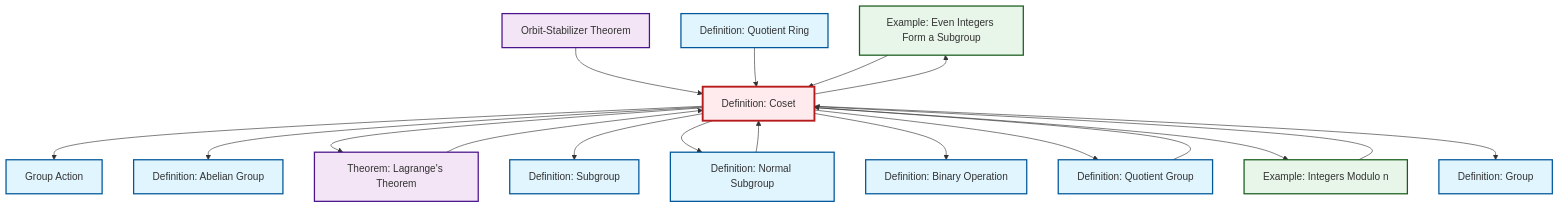
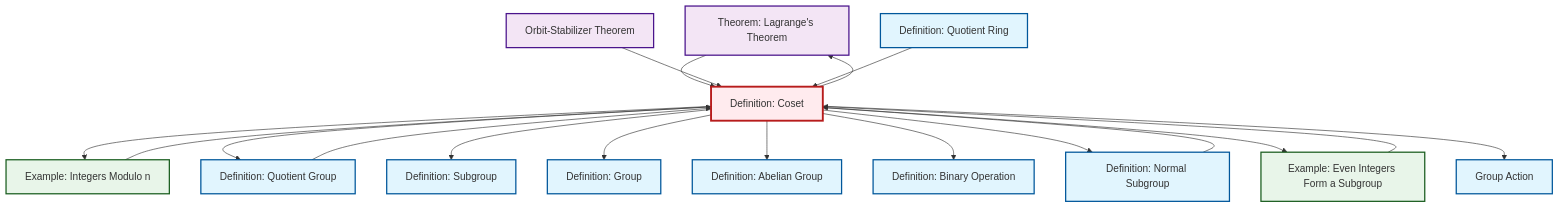
One commit to RK0429/ModernMath changed the diagram in content/en/algebra/def-coset.qmd. Above: the diagram before and after it, drawn with Mermaid. The commit also changed other lines of this file and 1069 other files, not shown here.

````diff
--- a/content/en/algebra/def-coset.qmd
+++ b/content/en/algebra/def-coset.qmd
@@ -162,52 +162,52 @@
 ```{mermaid}
 %%| fig-cap: "Local dependency graph"
 graph TD
     classDef definition fill:#e1f5fe,stroke:#01579b,stroke-width:2px
     classDef theorem fill:#f3e5f5,stroke:#4a148c,stroke-width:2px
     classDef axiom fill:#fff3e0,stroke:#e65100,stroke-width:2px
     classDef example fill:#e8f5e9,stroke:#1b5e20,stroke-width:2px
     classDef current fill:#ffebee,stroke:#b71c1c,stroke-width:3px
-    ex-even-integers-subgroup["Example: Even Integers Form a Subgroup"]:::example
-    def-coset["Definition: Coset"]:::definition
-    def-quotient-ring["Definition: Quotient Ring"]:::definition
-    def-group["Definition: Group"]:::definition
     thm-lagrange["Theorem: Lagrange's Theorem"]:::theorem
-    def-quotient-group["Definition: Quotient Group"]:::definition
-    def-subgroup["Definition: Subgroup"]:::definition
-    def-binary-operation["Definition: Binary Operation"]:::definition
     thm-orbit-stabilizer["Orbit-Stabilizer Theorem"]:::theorem
     def-normal-subgroup["Definition: Normal Subgroup"]:::definition
+    def-binary-operation["Definition: Binary Operation"]:::definition
+    ex-even-integers-subgroup["Example: Even Integers Form a Subgroup"]:::example
+    def-quotient-ring["Definition: Quotient Ring"]:::definition
+    def-subgroup["Definition: Subgroup"]:::definition
+    def-quotient-group["Definition: Quotient Group"]:::definition
     def-abelian-group["Definition: Abelian Group"]:::definition
+    ex-quotient-integers-mod-n["Example: Integers Modulo n"]:::example
+    def-coset["Definition: Coset"]:::definition
     def-group-action["Group Action"]:::definition
-    ex-quotient-integers-mod-n["Example: Integers Modulo n"]:::example
-    def-coset --> def-group-action
-    def-coset --> def-abelian-group
-    def-coset --> ex-even-integers-subgroup
-    def-coset --> thm-lagrange
-    def-coset --> def-subgroup
+    def-group["Definition: Group"]:::definition
+    def-coset --> ex-quotient-integers-mod-n
     thm-lagrange --> def-coset
     thm-orbit-stabilizer --> def-coset
+    def-coset --> def-quotient-group
+    ex-even-integers-subgroup --> def-coset
+    ex-quotient-integers-mod-n --> def-coset
+    def-coset --> def-subgroup
+    def-coset --> thm-lagrange
+    def-coset --> def-group
+    def-quotient-ring --> def-coset
+    def-coset --> def-abelian-group
+    def-coset --> def-binary-operation
     def-quotient-group --> def-coset
     def-coset --> def-normal-subgroup
-    def-quotient-ring --> def-coset
+    def-coset --> ex-even-integers-subgroup
     def-normal-subgroup --> def-coset
-    def-coset --> def-binary-operation
-    ex-even-integers-subgroup --> def-coset
-    def-coset --> def-quotient-group
-    def-coset --> ex-quotient-integers-mod-n
-    def-coset --> def-group
-    ex-quotient-integers-mod-n --> def-coset
+    def-coset --> def-group-action
     class def-coset current
+    click thm-lagrange "thm-lagrange.html" "Go to Lagrange's Theorem theorem"
+    click thm-orbit-stabilizer "thm-orbit-stabilizer.html" "Go to Orbit-Stabilizer Theorem"
+    click def-normal-subgroup "def-normal-subgroup.html" "Go to Normal Subgroup definition"
+    click def-binary-operation "def-binary-operation.html" "Go to Binary Operation definition"
     click ex-even-integers-subgroup "ex-even-integers-subgroup.html" "Go to Even Integers Form a Subgroup example"
     click def-quotient-ring "def-quotient-ring.html" "Go to Quotient Ring definition"
+    click def-subgroup "def-subgroup.html" "Go to Subgroup definition"
+    click def-quotient-group "def-quotient-group.html" "Go to Quotient Group definition"
+    click def-abelian-group "def-abelian-group.html" "Go to Abelian Group definition"
+    click ex-quotient-integers-mod-n "ex-quotient-integers-mod-n.html" "Go to Integers Modulo n example"
+    click def-group-action "def-group-action.html" "Go to Group Action"
     click def-group "def-group.html" "Go to Group definition"
-    click thm-lagrange "thm-lagrange.html" "Go to Lagrange's Theorem theorem"
-    click def-quotient-group "def-quotient-group.html" "Go to Quotient Group definition"
-    click def-subgroup "def-subgroup.html" "Go to Subgroup definition"
-    click def-binary-operation "def-binary-operation.html" "Go to Binary Operation definition"
-    click thm-orbit-stabilizer "thm-orbit-stabilizer.html" "Go to Orbit-Stabilizer Theorem"
-    click def-normal-subgroup "def-normal-subgroup.html" "Go to Normal Subgroup definition"
-    click def-abelian-group "def-abelian-group.html" "Go to Abelian Group definition"
-    click def-group-action "def-group-action.html" "Go to Group Action"
-    click ex-quotient-integers-mod-n "ex-quotient-integers-mod-n.html" "Go to Integers Modulo n example"
 ```
````
